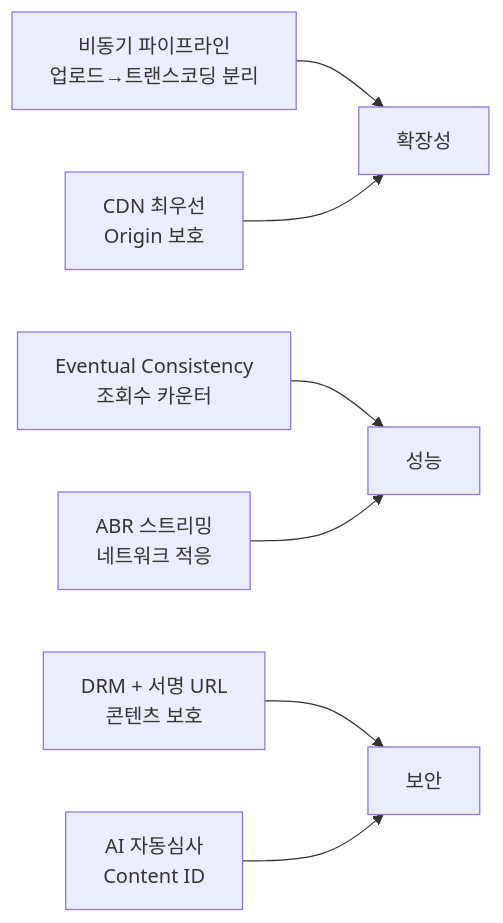
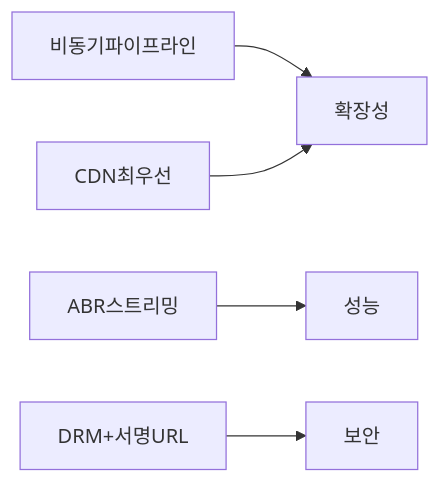
Before and after one commit to yjkim2015/yjkim2015.github.io: diagram 12 of 12 in _posts/systemdesign/2026-05-03-system-design-video-streaming.md, drawn with Mermaid. The commit also changed other lines of this file and 163 other files, not shown here.

First line of the commit message:
Mermaid 300개 블록 내용 축소: 5노드 5엣지 이하, 의미 있는 약어

````diff
--- a/_posts/systemdesign/2026-05-03-system-design-video-streaming.md
+++ b/_posts/systemdesign/2026-05-03-system-design-video-streaming.md
@@ -1099,9 +1095,7 @@
 ```mermaid
-flowchart LR
-    P1[비동기 파이프라인<br/>업로드→트랜스코딩 분리] --> SCALE[확장성]
-    P2[CDN 최우선<br/>Origin 보호] --> SCALE
-    P3[Eventual Consistency<br/>조회수 카운터] --> PERF[성능]
-    P4[ABR 스트리밍<br/>네트워크 적응] --> PERF
-    P5[DRM + 서명 URL<br/>콘텐츠 보호] --> SEC[보안]
-    P6[AI 자동심사<br/>Content ID] --> SEC
+graph LR
+    A[비동기파이프라인] --> D[확장성]
+    B[CDN최우선] --> D
+    C[ABR스트리밍] --> E[성능]
+    F[DRM+서명URL] --> G[보안]
 ```
````
